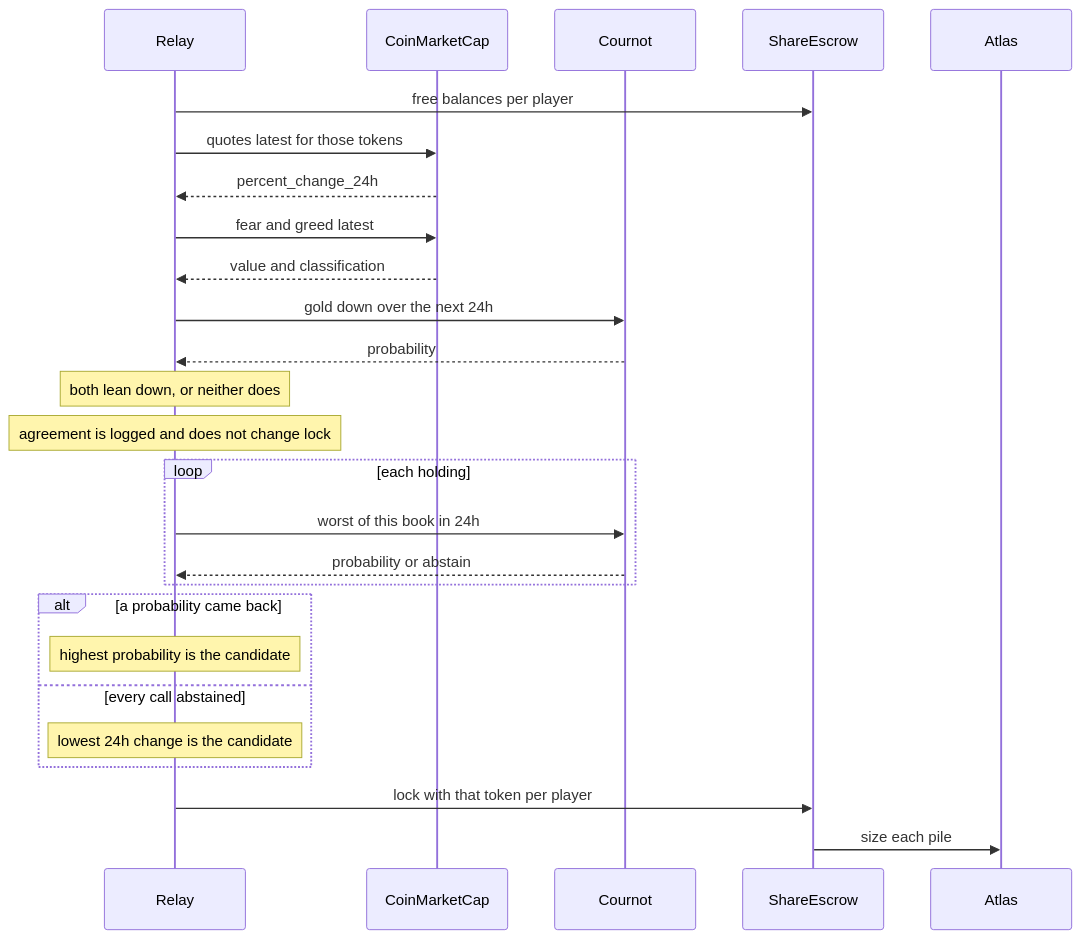
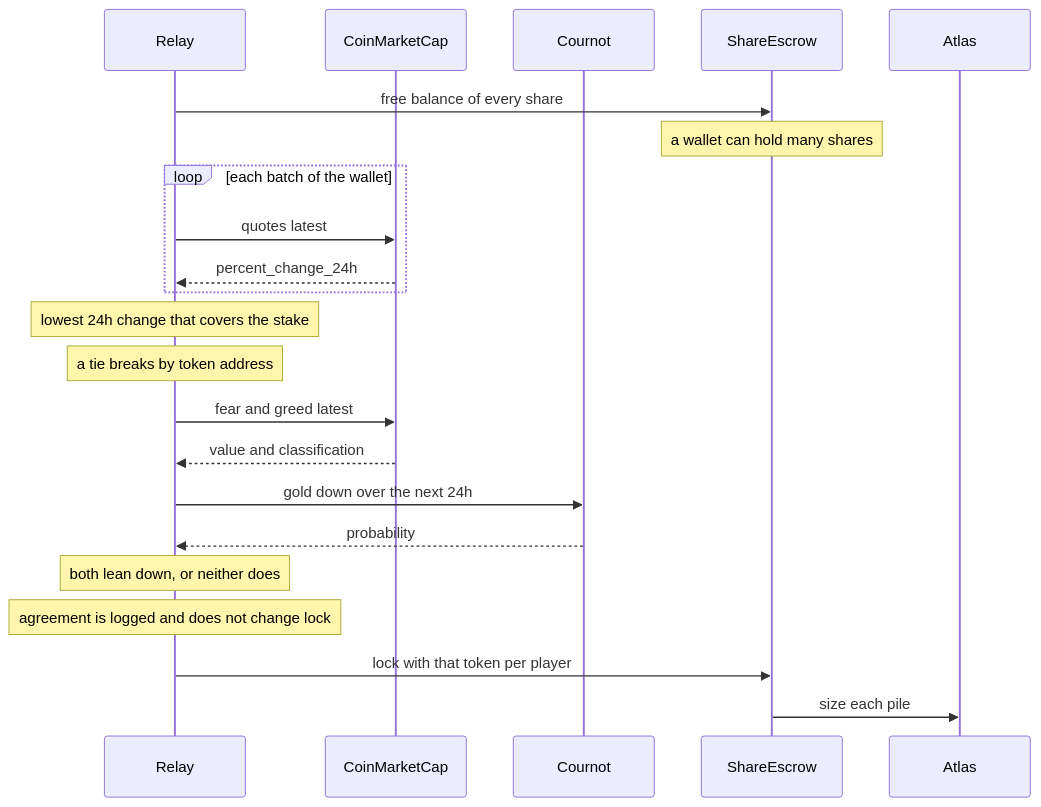
Before and after one commit to Vib-UX/connect: the second of 3 diagrams in README.md, drawn with Mermaid. The commit also changed other lines of this file and 6 other files, not shown here.

First line of the commit message:
Keep the relay build on Node fetch types, and lock the worst share that covers the stake.

````diff
--- a/README.md
+++ b/README.md
@@ -55,29 +55,25 @@
 ```mermaid
 sequenceDiagram
   participant Relay
   participant CMC as CoinMarketCap
   participant Cournot
   participant Escrow as ShareEscrow
   participant Atlas
 
-  Relay->>Escrow: free balances per player
-  Relay->>CMC: quotes latest for those tokens
-  CMC-->>Relay: percent_change_24h
+  Relay->>Escrow: free balance of every share
+  Note over Escrow: a wallet can hold many shares
+  loop each batch of the wallet
+    Relay->>CMC: quotes latest
+    CMC-->>Relay: percent_change_24h
+  end
+  Note over Relay: lowest 24h change that covers the stake
+  Note over Relay: a tie breaks by token address
   Relay->>CMC: fear and greed latest
   CMC-->>Relay: value and classification
   Relay->>Cournot: gold down over the next 24h
   Cournot-->>Relay: probability
   Note over Relay: both lean down, or neither does
   Note over Relay: agreement is logged and does not change lock
-  loop each holding
-    Relay->>Cournot: worst of this book in 24h
-    Cournot-->>Relay: probability or abstain
-  end
-  alt a probability came back
-    Note over Relay: highest probability is the candidate
-  else every call abstained
-    Note over Relay: lowest 24h change is the candidate
-  end
   Relay->>Escrow: lock with that token per player
   Escrow->>Atlas: size each pile
 ```
````
